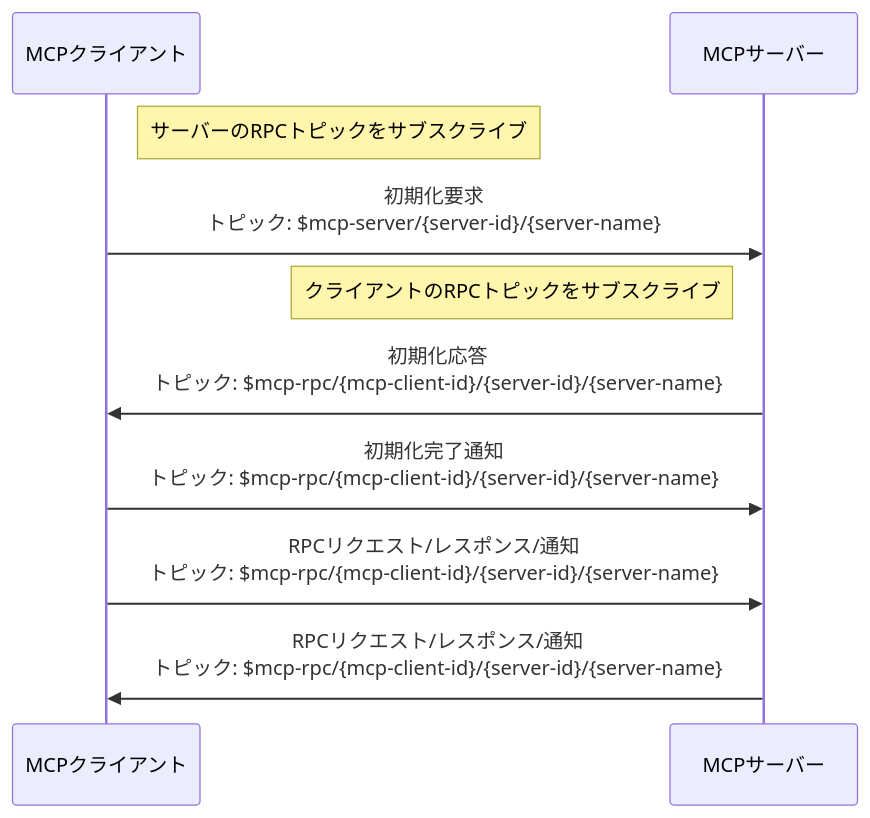
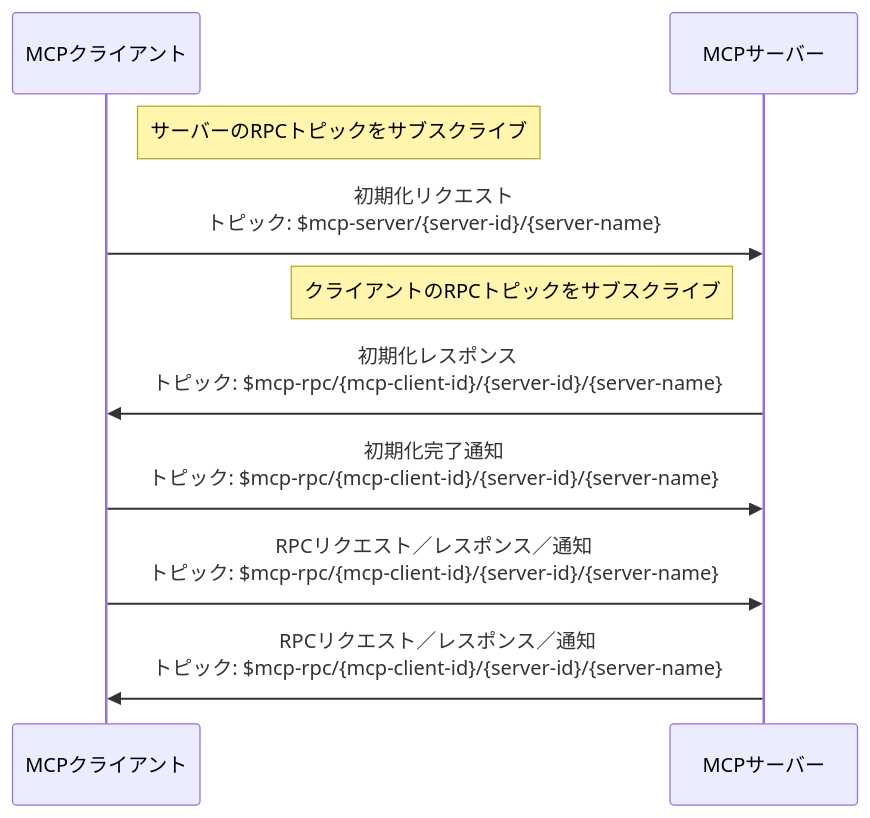
The second of 4 diagrams in ja_JP/develop/emqx-ai/mcp-over-mqtt/specification.md (emqx/emqx-docs), drawn with Mermaid before and after one commit. The commit also changed other lines of this file and 420 other files, not shown here.

````diff
--- a/ja_JP/develop/emqx-ai/mcp-over-mqtt/specification.md
+++ b/ja_JP/develop/emqx-ai/mcp-over-mqtt/specification.md
@@ -239,13 +239,13 @@
 ```mermaid
 sequenceDiagram
   participant MCP_Client as MCPクライアント
   participant MCP_Server as MCPサーバー
 
   Note right of MCP_Client: サーバーのRPCトピックをサブスクライブ
-  MCP_Client ->> MCP_Server: 初期化要求<br/>トピック: $mcp-server/{server-id}/{server-name}
+  MCP_Client ->> MCP_Server: 初期化リクエスト<br/>トピック: $mcp-server/{server-id}/{server-name}
   Note left of MCP_Server: クライアントのRPCトピックをサブスクライブ
-  MCP_Server ->> MCP_Client: 初期化応答<br/>トピック: $mcp-rpc/{mcp-client-id}/{server-id}/{server-name}
+  MCP_Server ->> MCP_Client: 初期化レスポンス<br/>トピック: $mcp-rpc/{mcp-client-id}/{server-id}/{server-name}
   MCP_Client ->> MCP_Server: 初期化完了通知<br/>トピック: $mcp-rpc/{mcp-client-id}/{server-id}/{server-name}
-  MCP_Client ->> MCP_Server: RPCリクエスト/レスポンス/通知<br/>トピック: $mcp-rpc/{mcp-client-id}/{server-id}/{server-name}
-  MCP_Server ->> MCP_Client: RPCリクエスト/レスポンス/通知<br/>トピック: $mcp-rpc/{mcp-client-id}/{server-id}/{server-name}
+  MCP_Client ->> MCP_Server: RPCリクエスト／レスポンス／通知<br/>トピック: $mcp-rpc/{mcp-client-id}/{server-id}/{server-name}
+  MCP_Server ->> MCP_Client: RPCリクエスト／レスポンス／通知<br/>トピック: $mcp-rpc/{mcp-client-id}/{server-id}/{server-name}
 ```
````
